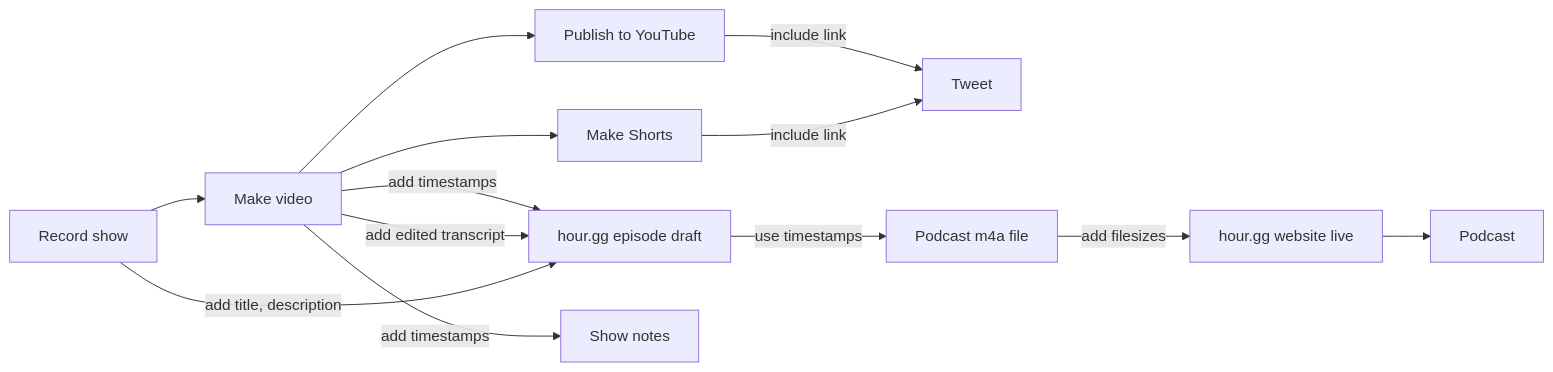
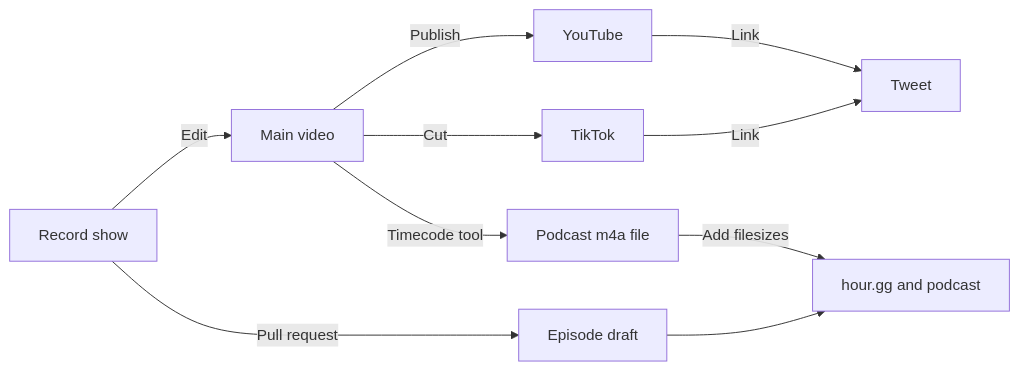
Before and after one commit to community-service/hour.gg: the diagram in README.md, drawn with Mermaid. The commit also changed other lines of this file and 7 other files, not shown here.

````diff
--- a/README.md
+++ b/README.md
@@ -13,26 +13,26 @@
 ```mermaid
 graph LR
 s[Record show]
-v[Make video]
-v2[Make Shorts]
-yt[Publish to YouTube]
+v[Main video]
+v2[TikTok]
+yt[YouTube]
 tw[Tweet]
-hgg[hour.gg episode draft]
-sn[Show notes]
 pm[Podcast m4a file]
-hggl[hour.gg website live]
-p[Podcast]
+hggdraft[Episode draft]
+hggpublished[hour.gg and podcast]
 
-v-->yt
-v-->v2
-v--add timestamps-->sn
-yt--include link-->tw
-v--add timestamps-->hgg
-v--add edited transcript-->hgg
-v2--include link-->tw
-s--add title, description-->hgg
-s-->v
-hgg--use timestamps-->pm
-pm--add filesizes-->hggl
-hggl-->p
+v--Publish-->yt
+v--Cut-->v2
+yt--Link-->tw
+v2--Link-->tw
+s--Edit-->v
+s--Pull request-->hggdraft
+v--Timecode tool-->pm
+pm--Add filesizes-->hggpublished
+hggdraft-->hggpublished
+
+click yt "https://www.youtube.com/playlist?list=PLaMigeN8Exx-ChNPpO-j6pFQ3F8oJWrBN"
+click hgg "https://github.com/community-service/hour.gg/tree/main/_drafts"
+click draft "https://github.com/community-service/hour.gg/tree/main/_drafts"
+click v2 "https://www.tiktok.com/@fulldecent"
 ```
````
